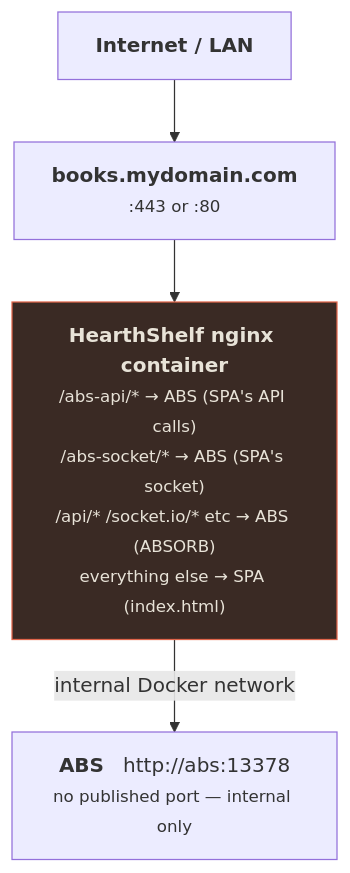
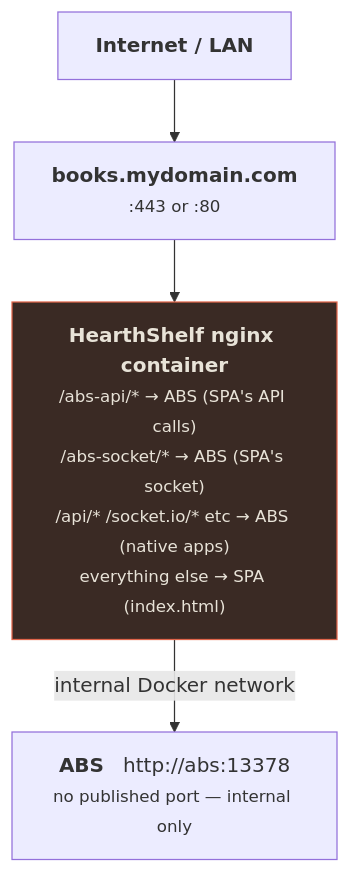
The diagram in docs/setup/reverse-proxy.md (HearthShelf/HearthShelf-Docs), drawn with Mermaid before and after one commit. The commit also changed other lines of this file and 5 other files, not shown here.

First line of the commit message:
improved: Refer to native AudiobookShelf apps generically

````diff
--- a/docs/setup/reverse-proxy.md
+++ b/docs/setup/reverse-proxy.md
@@ -25,14 +25,14 @@
 ```mermaid
 flowchart TD
     net["<b>Internet / LAN</b>"]
     domain["<b>books.mydomain.com</b><br/><small>:443 or :80</small>"]
-    nginx["<b>HearthShelf nginx container</b><br/><small>/abs-api/* &rarr; ABS (SPA's API calls)<br/>/abs-socket/* &rarr; ABS (SPA's socket)<br/>/api/* /socket.io/* etc &rarr; ABS (ABSORB)<br/>everything else &rarr; SPA (index.html)</small>"]
+    nginx["<b>HearthShelf nginx container</b><br/><small>/abs-api/* &rarr; ABS (SPA's API calls)<br/>/abs-socket/* &rarr; ABS (SPA's socket)<br/>/api/* /socket.io/* etc &rarr; ABS (native apps)<br/>everything else &rarr; SPA (index.html)</small>"]
     abs["<b>ABS</b> &nbsp; http://abs:13378<br/><small>no published port &mdash; internal only</small>"]
 
     net --> domain
     domain --> nginx
     nginx -->|"internal Docker network"| abs
 
     class nginx accent
     classDef accent fill:#3a2a24,stroke:#e0654a,color:#e8e3d8;
 ```
````
